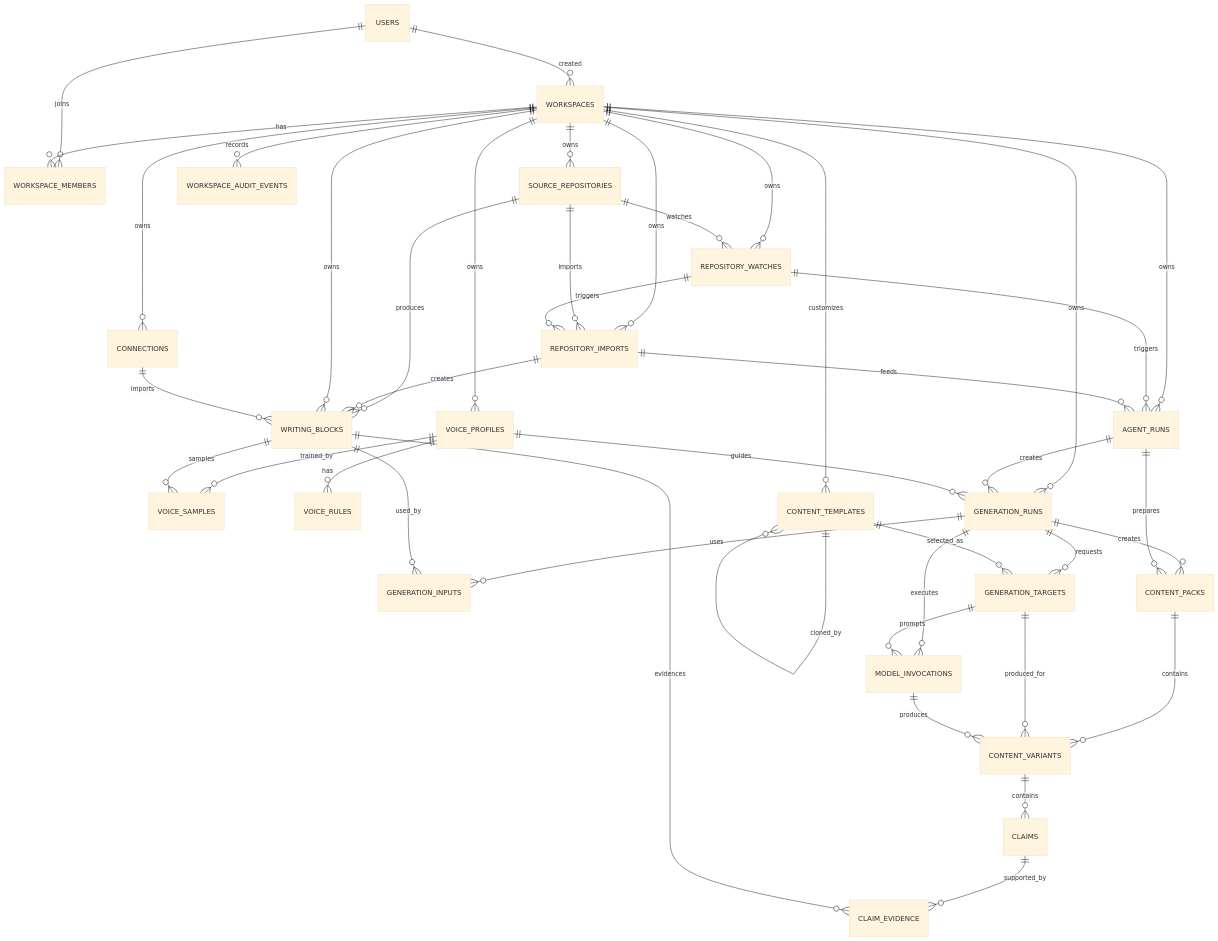
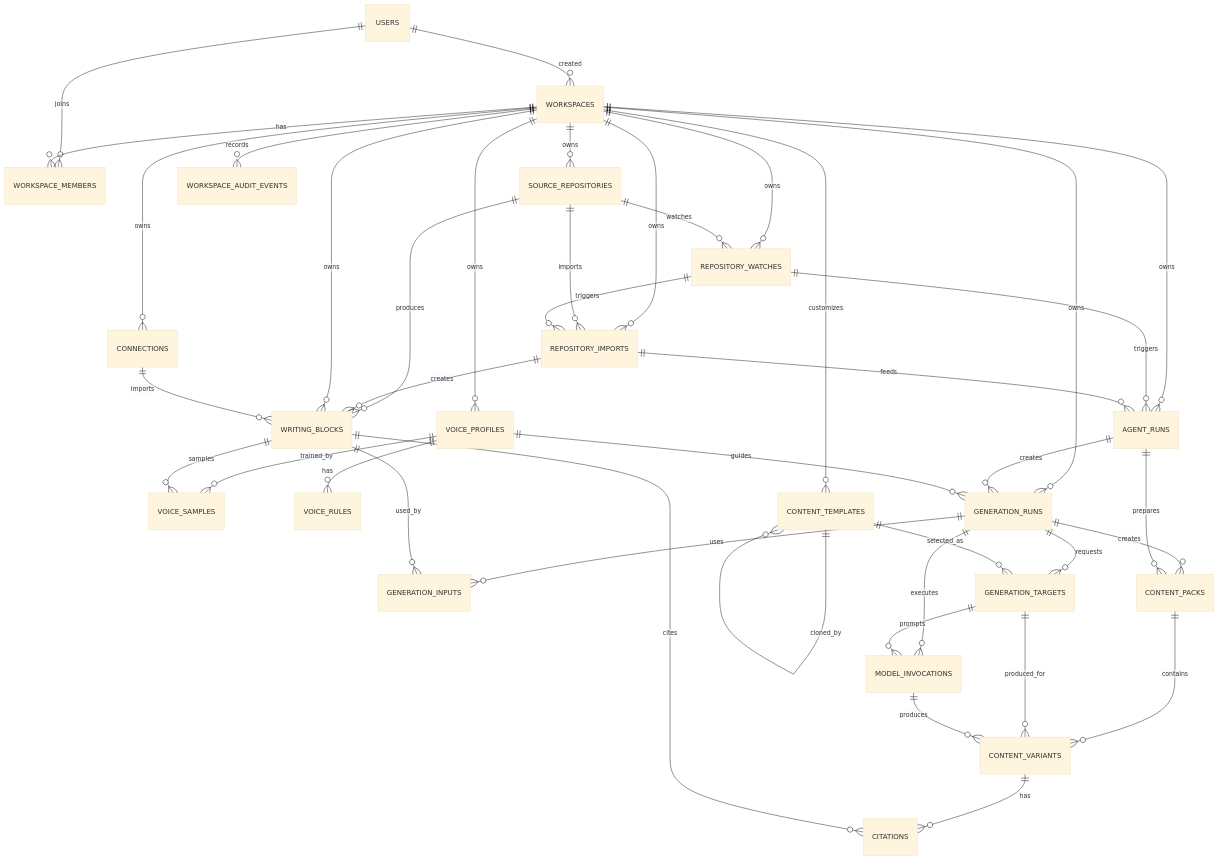
One commit to plot-labs/plot changed the diagram in docs/architecture/data-architecture.md. Above: the diagram before and after it, drawn with Mermaid (base theme). The commit also changed other lines of this file and 65 other files, not shown here.

````diff
--- a/docs/architecture/data-architecture.md
+++ b/docs/architecture/data-architecture.md
@@ -2075,47 +1904,46 @@
 ```mermaid
 erDiagram
     USERS ||--o{ WORKSPACE_MEMBERS : joins
     WORKSPACES ||--o{ WORKSPACE_MEMBERS : has
     USERS ||--o{ WORKSPACES : created
 
     WORKSPACES ||--o{ SOURCE_REPOSITORIES : owns
     WORKSPACES ||--o{ REPOSITORY_WATCHES : owns
     WORKSPACES ||--o{ REPOSITORY_IMPORTS : owns
     SOURCE_REPOSITORIES ||--o{ REPOSITORY_WATCHES : watches
     SOURCE_REPOSITORIES ||--o{ REPOSITORY_IMPORTS : imports
     REPOSITORY_WATCHES ||--o{ REPOSITORY_IMPORTS : triggers
     SOURCE_REPOSITORIES ||--o{ WRITING_BLOCKS : produces
     REPOSITORY_IMPORTS ||--o{ WRITING_BLOCKS : creates
     WORKSPACES ||--o{ CONNECTIONS : owns
     WORKSPACES ||--o{ WRITING_BLOCKS : owns
     CONNECTIONS ||--o{ WRITING_BLOCKS : imports
 
     WORKSPACES ||--o{ VOICE_PROFILES : owns
     VOICE_PROFILES ||--o{ VOICE_SAMPLES : trained_by
     WRITING_BLOCKS ||--o{ VOICE_SAMPLES : samples
     VOICE_PROFILES ||--o{ VOICE_RULES : has
     WORKSPACES ||--o{ CONTENT_TEMPLATES : customizes
     CONTENT_TEMPLATES ||--o{ CONTENT_TEMPLATES : cloned_by
 
     WORKSPACES ||--o{ AGENT_RUNS : owns
     REPOSITORY_WATCHES ||--o{ AGENT_RUNS : triggers
     REPOSITORY_IMPORTS ||--o{ AGENT_RUNS : feeds
     WORKSPACES ||--o{ GENERATION_RUNS : owns
     AGENT_RUNS ||--o{ GENERATION_RUNS : creates
     VOICE_PROFILES ||--o{ GENERATION_RUNS : guides
     GENERATION_RUNS ||--o{ GENERATION_INPUTS : uses
     WRITING_BLOCKS ||--o{ GENERATION_INPUTS : used_by
     GENERATION_RUNS ||--o{ GENERATION_TARGETS : requests
     CONTENT_TEMPLATES ||--o{ GENERATION_TARGETS : selected_as
     GENERATION_RUNS ||--o{ MODEL_INVOCATIONS : executes
     GENERATION_TARGETS ||--o{ MODEL_INVOCATIONS : prompts
     GENERATION_RUNS ||--o{ CONTENT_PACKS : creates
     AGENT_RUNS ||--o{ CONTENT_PACKS : prepares
     CONTENT_PACKS ||--o{ CONTENT_VARIANTS : contains
     GENERATION_TARGETS ||--o{ CONTENT_VARIANTS : produced_for
     MODEL_INVOCATIONS ||--o{ CONTENT_VARIANTS : produces
-    CONTENT_VARIANTS ||--o{ CLAIMS : contains
-    CLAIMS ||--o{ CLAIM_EVIDENCE : supported_by
-    WRITING_BLOCKS ||--o{ CLAIM_EVIDENCE : evidences
+    CONTENT_VARIANTS ||--o{ CITATIONS : has
+    WRITING_BLOCKS ||--o{ CITATIONS : cites
     WORKSPACES ||--o{ WORKSPACE_AUDIT_EVENTS : records
 ```
````
